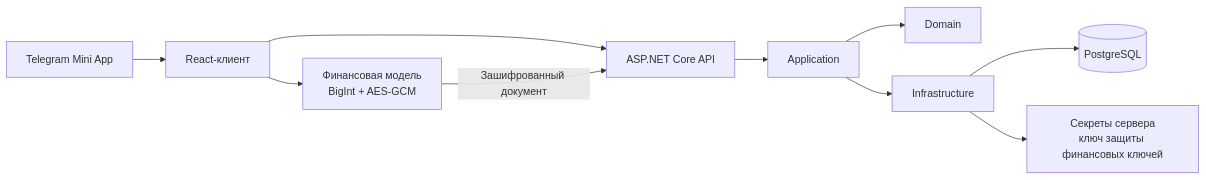
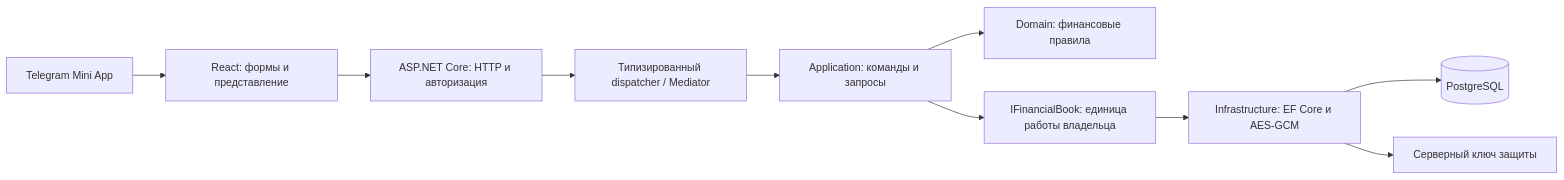
Before and after one commit to Zhabinec/FinanceTracker: the diagram in README.md, drawn with Mermaid. The commit also changed other lines of this file and 4 other files, not shown here.

Commit message:
docs(finance): document server architecture and Telegram setup

````diff
--- a/README.md
+++ b/README.md
@@ -43,12 +39,12 @@
-~~~mermaid
+```mermaid
 flowchart LR
-    T["Telegram Mini App"] --> UI["React-клиент"]
-    UI --> L["Финансовая модель<br/>BigInt + AES-GCM"]
-    UI --> A["ASP.NET Core API"]
-    L -->|"Зашифрованный документ"| A
-    A --> U["Application"]
-    U --> D["Domain"]
-    U --> I["Infrastructure"]
-    I --> DB[("PostgreSQL")]
-    I --> K["Секреты сервера<br/>ключ защиты финансовых ключей"]
-~~~
+    T[Telegram Mini App] --> UI[React: формы и представление]
+    UI --> API[ASP.NET Core: HTTP и авторизация]
+    API --> M[Типизированный dispatcher / Mediator]
+    M --> H[Application: команды и запросы]
+    H --> D[Domain: финансовые правила]
+    H --> U[IFinancialBook: единица работы владельца]
+    U --> I[Infrastructure: EF Core и AES-GCM]
+    I --> DB[(PostgreSQL)]
+    I --> K[Серверный ключ защиты]
+```
````
